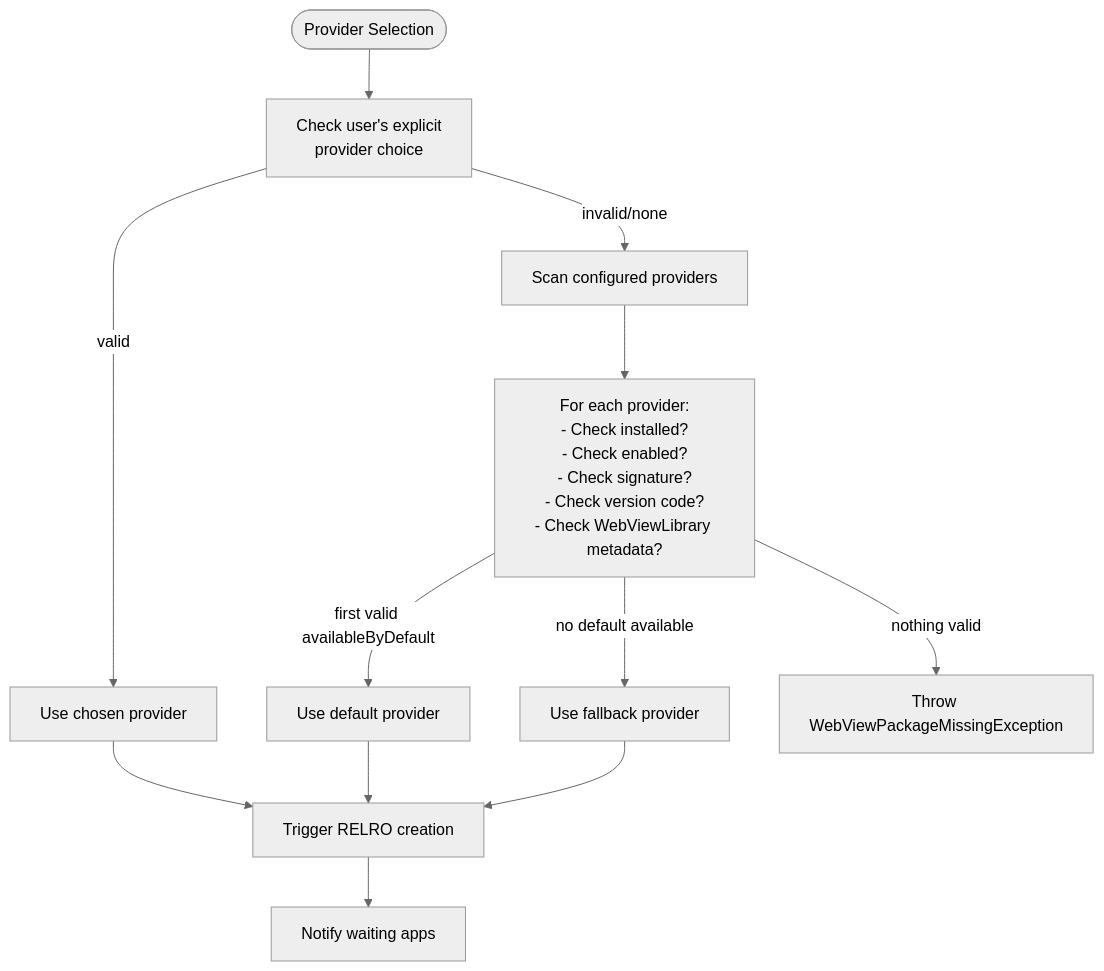
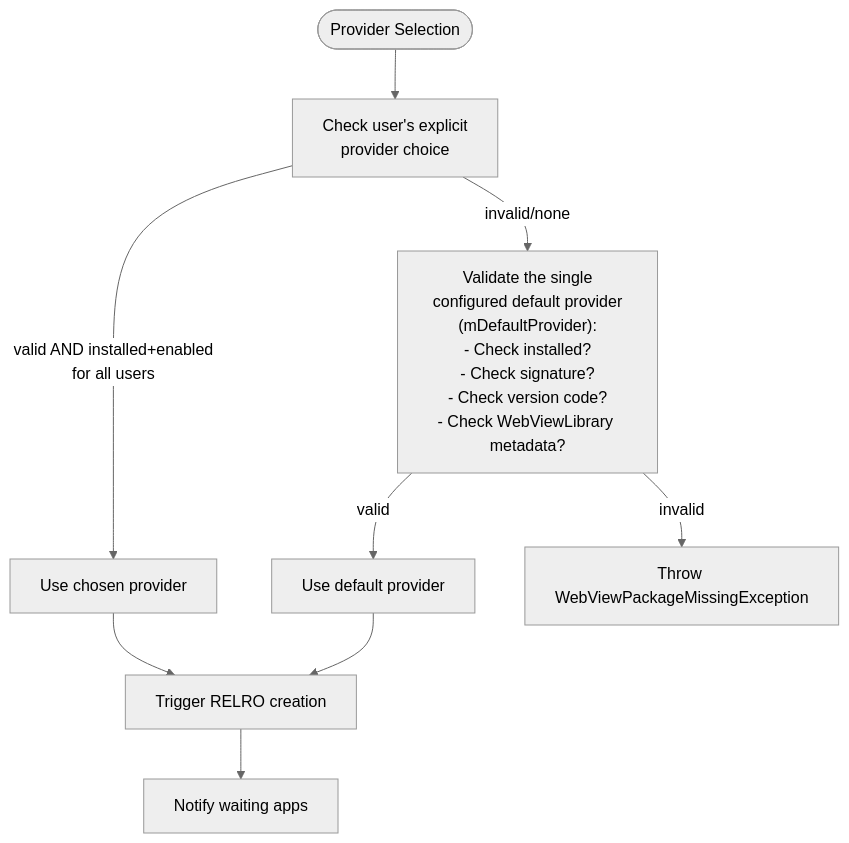
One commit to aospbooks/aosp-internal-book changed the sixth of 18 diagrams in agents/claude/skills/aosp-ui-framework/45-webview.md. Above: the diagram before and after it, drawn with Mermaid (neutral theme). The commit also changed other lines of this file and 218 other files, not shown here.

````diff
--- a/agents/claude/skills/aosp-ui-framework/45-webview.md
+++ b/agents/claude/skills/aosp-ui-framework/45-webview.md
@@ -710,18 +713,14 @@
 ```mermaid
 flowchart TD
     START([Provider Selection]) --> CHECK_USER["Check user's explicit<br/>provider choice"]
-    CHECK_USER -->|valid| USE_CHOSEN["Use chosen provider"]
-    CHECK_USER -->|invalid/none| SCAN["Scan configured providers"]
+    CHECK_USER -->|"valid AND installed+enabled<br/>for all users"| USE_CHOSEN["Use chosen provider"]
+    CHECK_USER -->|invalid/none| CHECK_DEFAULT["Validate the single<br/>configured default provider<br/>(mDefaultProvider):<br/>- Check installed?<br/>- Check signature?<br/>- Check version code?<br/>- Check WebViewLibrary metadata?"]
 
-    SCAN --> VALIDATE["For each provider:<br/>- Check installed?<br/>- Check enabled?<br/>- Check signature?<br/>- Check version code?<br/>- Check WebViewLibrary metadata?"]
-
-    VALIDATE -->|first valid availableByDefault| USE_DEFAULT["Use default provider"]
-    VALIDATE -->|no default available| USE_FALLBACK["Use fallback provider"]
-    VALIDATE -->|nothing valid| THROW["Throw WebViewPackageMissingException"]
+    CHECK_DEFAULT -->|valid| USE_DEFAULT["Use default provider"]
+    CHECK_DEFAULT -->|invalid| THROW["Throw WebViewPackageMissingException"]
 
     USE_CHOSEN --> RELRO["Trigger RELRO creation"]
     USE_DEFAULT --> RELRO
-    USE_FALLBACK --> RELRO
 
     RELRO --> NOTIFY["Notify waiting apps"]
 ```
````
